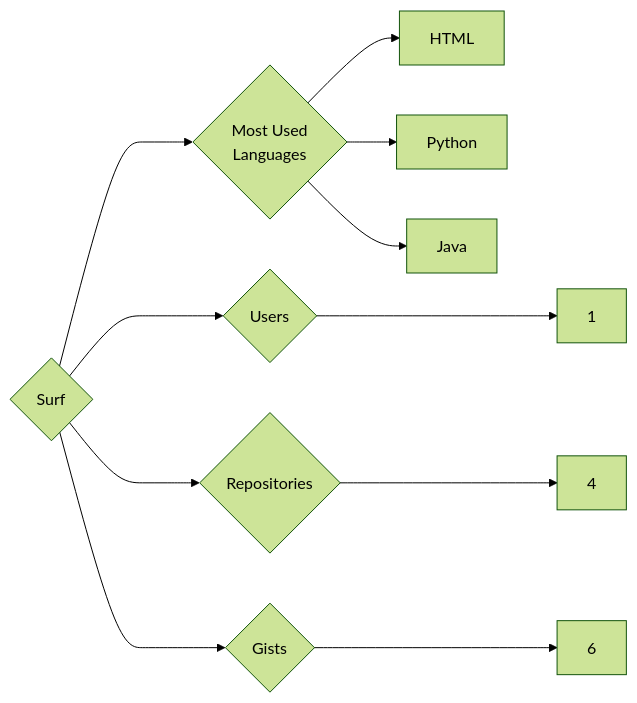
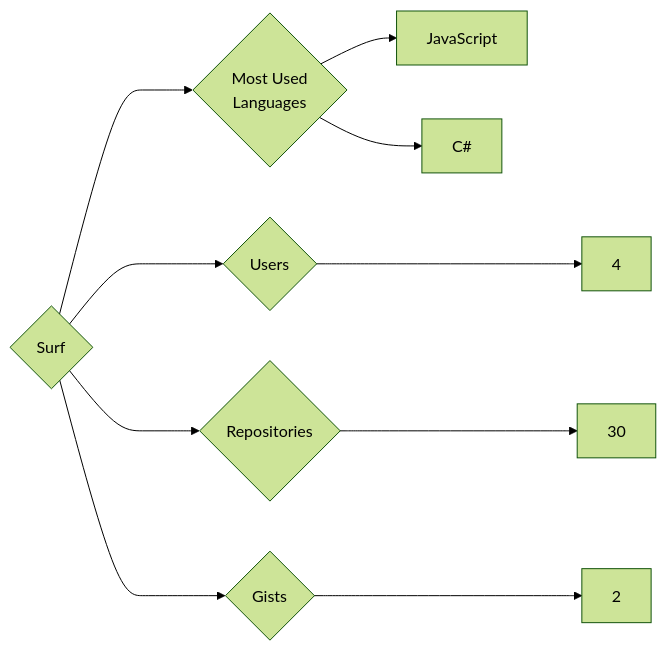
Before and after one commit to trickest/insiders: the diagram in targets/Surf/README.md, drawn with Mermaid (forest theme). The commit also changed 677 other files, not shown here.

````diff
--- a/targets/Surf/README.md
+++ b/targets/Surf/README.md
@@ -3,11 +3,10 @@
 ```mermaid
 graph LR
 COMPANY_NAME{Surf}
-COMPANY_NAME ---> U{Users} ---> UN[1]
-COMPANY_NAME ---> R{Repositories} ---> RN[4]
-COMPANY_NAME ---> G{Gists} ---> GN[6]
+COMPANY_NAME ---> U{Users} ---> UN[4]
+COMPANY_NAME ---> R{Repositories} ---> RN[30]
+COMPANY_NAME ---> G{Gists} ---> GN[2]
 COMPANY_NAME ---> ML{Most Used<br>Languages}
-ML --> HTML[HTML]
-ML --> Python[Python]
-ML --> Java[Java]
+ML --> JavaScript[JavaScript]
+ML --> C#[C#]
 ```
````
